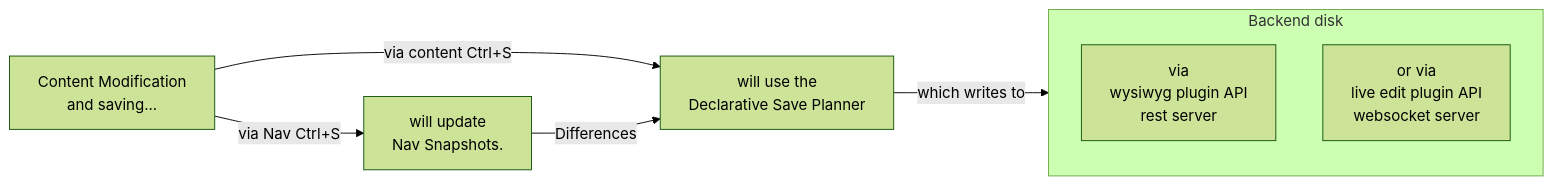
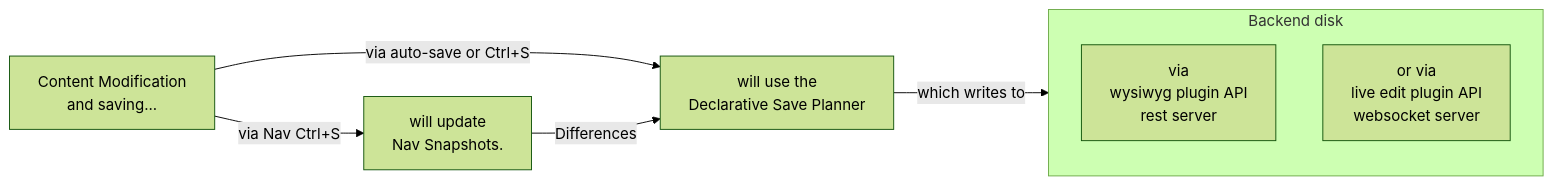
One commit to samrocketman/mkdocs-live-wysiwyg-plugin changed the first of 3 diagrams in docs/design/DESIGN-architecture-overview.md. Above: the diagram before and after it, drawn with Mermaid (forest theme). The commit also changed other lines of this file and 5 other files, not shown here.

First line of the commit message:
Phase 3: Online Docs-style Auto-save

````diff
--- a/docs/design/DESIGN-architecture-overview.md
+++ b/docs/design/DESIGN-architecture-overview.md
@@ -22,16 +22,16 @@
 ```mermaid
 flowchart LR
     ContentMod["Content Modification<br>and saving..."]
     NavSnaps["will update<br>Nav Snapshots."]
     SavePlanner["will use the<br>Declarative Save Planner"]
 
     subgraph Backend ["Backend disk"]
         WysiwygAPI["via<br>wysiwyg plugin API<br>rest server"]
         LiveEditAPI["or via<br>live edit plugin API<br>websocket server"]
     end
 
     ContentMod -->|"via Nav Ctrl+S"| NavSnaps
-    ContentMod -->|"via content Ctrl+S"| SavePlanner
+    ContentMod -->|"via auto-save or Ctrl+S"| SavePlanner
     NavSnaps -->|"Differences"| SavePlanner
     SavePlanner -->|"which writes to"| Backend
 ```
````
